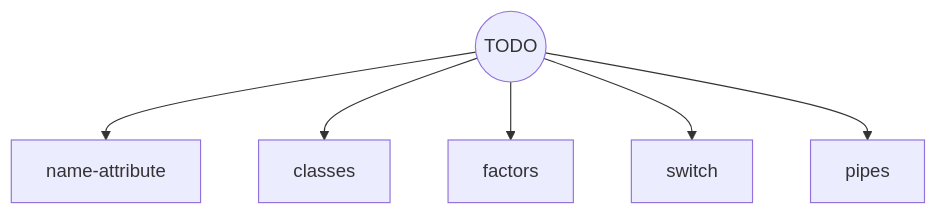
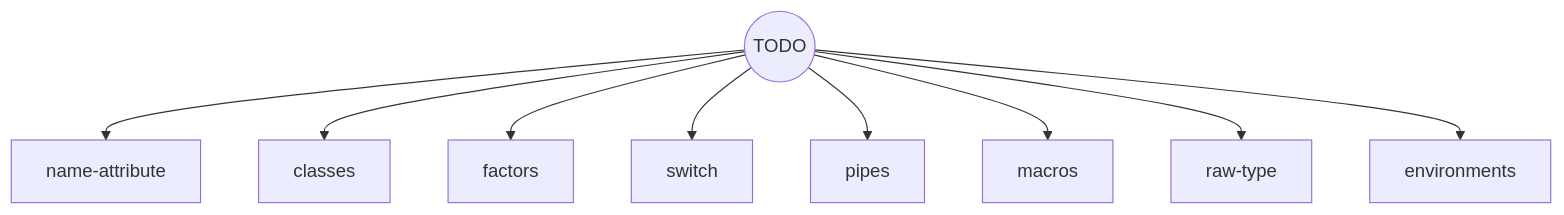
One commit to colinleach/r_concepts changed the second of 2 diagrams in flowchart.md. Above: the diagram before and after it, drawn with Mermaid. The commit also changed other lines of this file and 35 other files, not shown here.

````diff
--- a/flowchart.md
+++ b/flowchart.md
@@ -36,9 +43,12 @@
 ```mermaid
 graph TD
     
 todo(("TODO")) --> name-attribute
 todo --> classes
 todo --> factors 
 todo --> switch
 todo --> pipes
+todo --> macros
+todo --> raw-type
+todo --> environments
 ```
````
